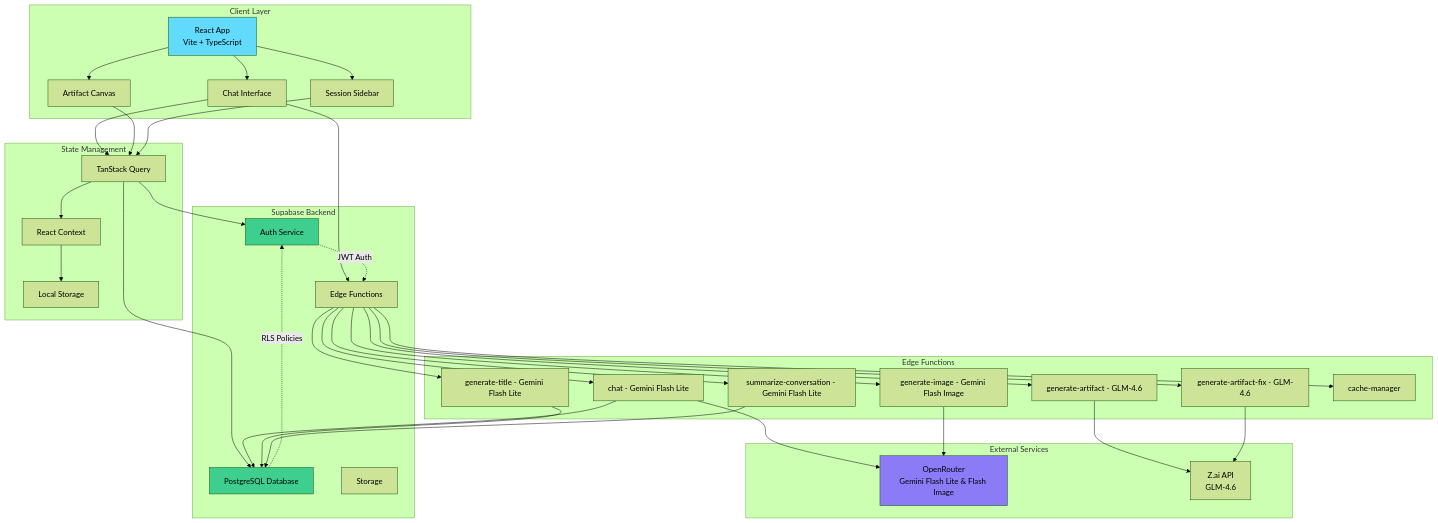
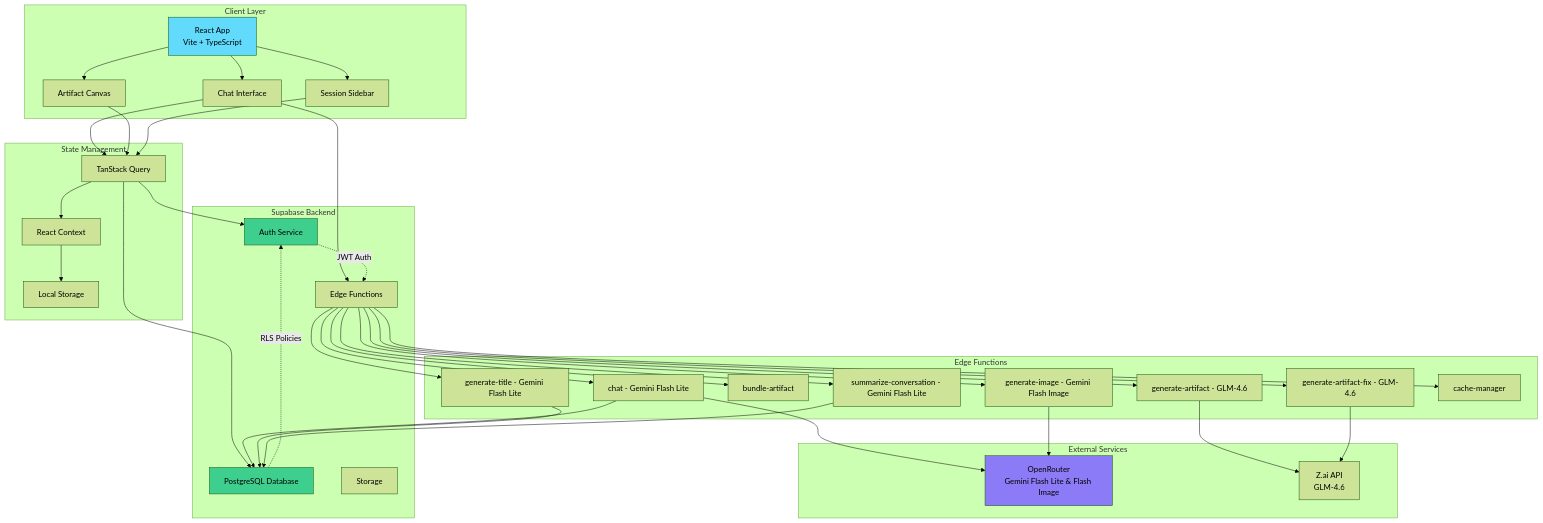
Before and after one commit to NickB03/vana: the first of 5 diagrams in README.md, drawn with Mermaid (forest theme). The commit also changed other lines of this file and 11 other files, not shown here.

````diff
--- a/README.md
+++ b/README.md
@@ -257,74 +257,76 @@
 ```mermaid
 graph TB
     subgraph "Client Layer"
         A[React App<br/>Vite + TypeScript]
         B[Chat Interface]
         C[Artifact Canvas]
         D[Session Sidebar]
     end
 
     subgraph "State Management"
         E[TanStack Query]
         F[React Context]
         G[Local Storage]
     end
 
     subgraph "Supabase Backend"
         H[PostgreSQL Database]
         I[Auth Service]
         J[Edge Functions]
         K[Storage]
     end
 
     subgraph "Edge Functions"
         L[chat - Gemini Flash Lite]
         LA[generate-artifact - GLM-4.6]
-        LB[generate-artifact-fix - GLM-4.6]
+        LB[bundle-artifact]
+        LC[generate-artifact-fix - GLM-4.6]
         M[generate-title - Gemini Flash Lite]
         N[generate-image - Gemini Flash Image]
         O[summarize-conversation - Gemini Flash Lite]
         P[cache-manager]
     end
 
     subgraph "External Services"
         Q[OpenRouter<br/>Gemini Flash Lite & Flash Image]
         QA[Z.ai API<br/>GLM-4.6]
     end
 
     A --> B
     A --> C
     A --> D
     B --> E
     C --> E
     D --> E
     E --> F
     F --> G
 
     E --> I
     E --> H
     B --> J
 
     J --> L
     J --> LA
     J --> LB
+    J --> LC
     J --> M
     J --> N
     J --> O
     J --> P
 
     L --> Q
     LA --> QA
-    LB --> QA
+    LC --> QA
     N --> Q
     L --> H
     M --> H
     O --> H
 
     I -.JWT Auth.-> J
     H -.RLS Policies.-> I
 
     style A fill:#61dafb
     style H fill:#3ecf8e
     style Q fill:#8B7BF7
     style I fill:#3ecf8e
 ```
````
